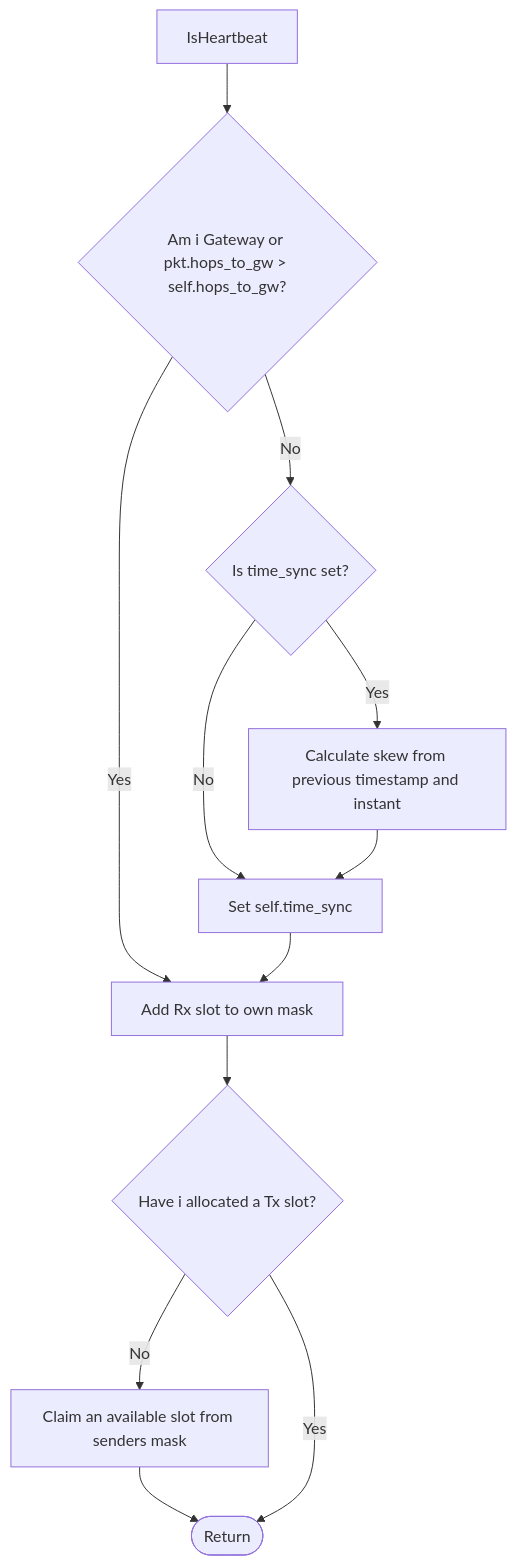
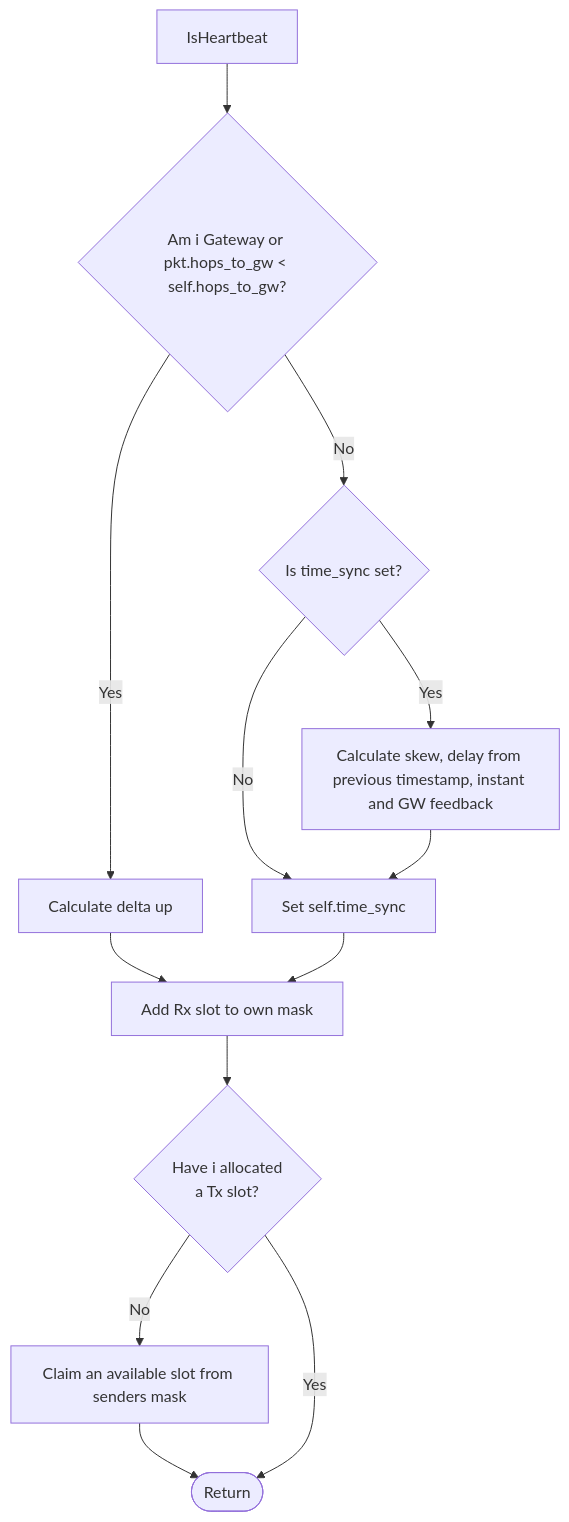
One commit to jakobolason/must-hop changed the fifth of 5 diagrams in must-hop/src/node/mac.md. Above: the diagram before and after it, drawn with Mermaid. The commit also changed 1 other file, not shown here.

Commit message:
update md

````diff
--- a/must-hop/src/node/mac.md
+++ b/must-hop/src/node/mac.md
@@ -159,16 +159,17 @@
 ```mermaid
 graph TD
-    IsHeartbeat  --> IsGateway{Am i Gateway or pkt.hops_to_gw > self.hops_to_gw?}
-    IsGateway -- Yes --> ClaimSlot[Add Rx slot to own mask]
-    ClaimSlot --> IsTxSlotNone{Have i allocated a Tx slot?}
+    IsHeartbeat  --> IsGateway{Am i Gateway or pkt.hops_to_gw < self.hops_to_gw?}
+    IsGateway -- Yes --> CalcFeedback[Calculate delta up]
+    CalcFeedback --> ClaimSlot[Add Rx slot to own mask]
+    ClaimSlot --> IsTxSlotNone{Have i allocated<br/> a Tx slot?}
     IsTxSlotNone -- No --> ClaimTxSlot[Claim an available slot from senders mask]
     ClaimTxSlot --> ret([Return ])
     IsTxSlotNone -- Yes --> ret
 
     %% Is not GW or hops lower
     IsGateway -- No --> IsTimeSyncSet{Is time_sync set?}
     IsTimeSyncSet -- No --> SetTimeSync[Set self.time_sync]
-    IsTimeSyncSet -- Yes --> FindSkew[Calculate skew from previous timestamp and instant]
+    IsTimeSyncSet -- Yes --> FindSkew[Calculate skew, delay from previous timestamp, instant and GW feedback]
     FindSkew --> SetTimeSync
     SetTimeSync --> ClaimSlot
 ```
````
